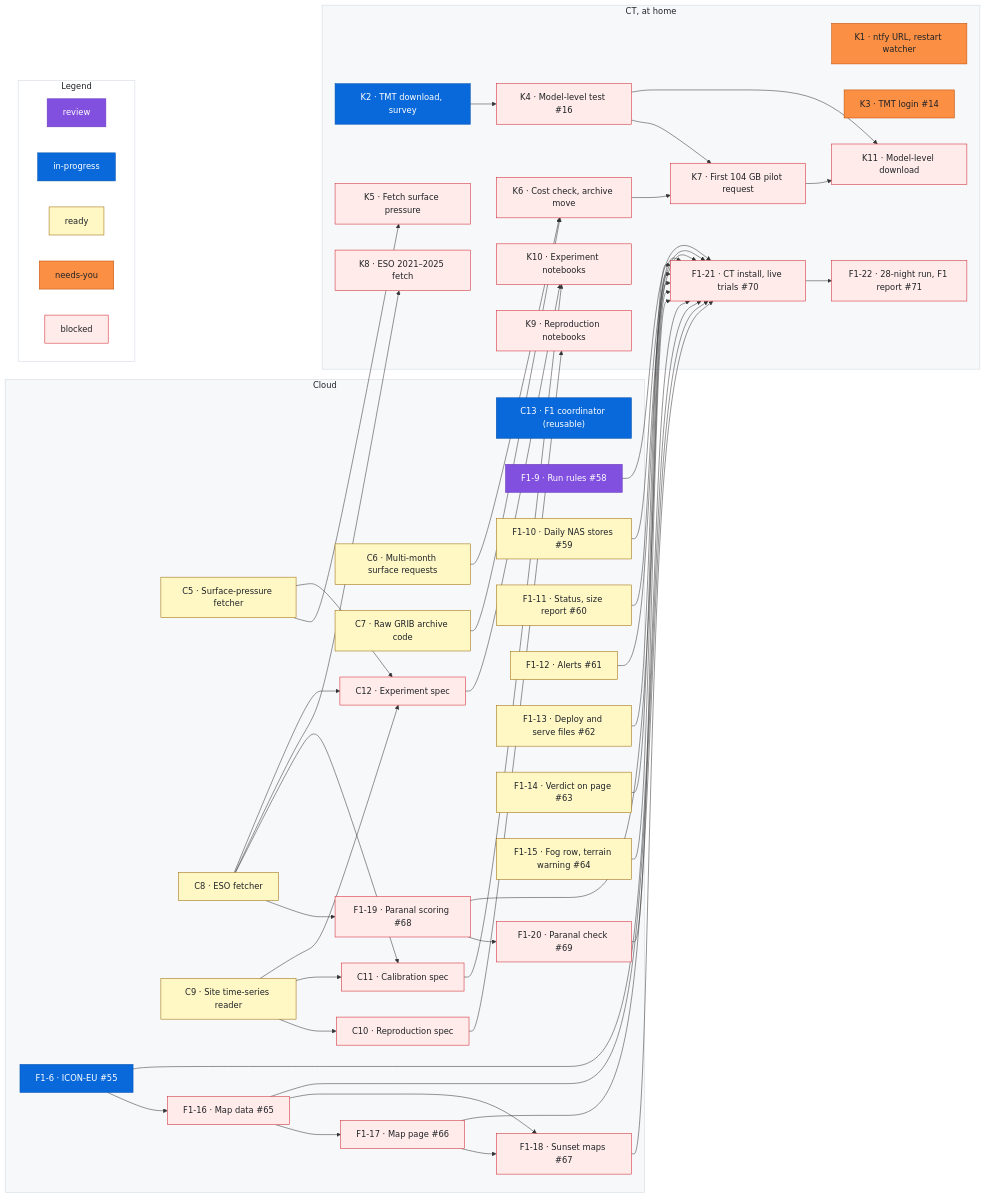
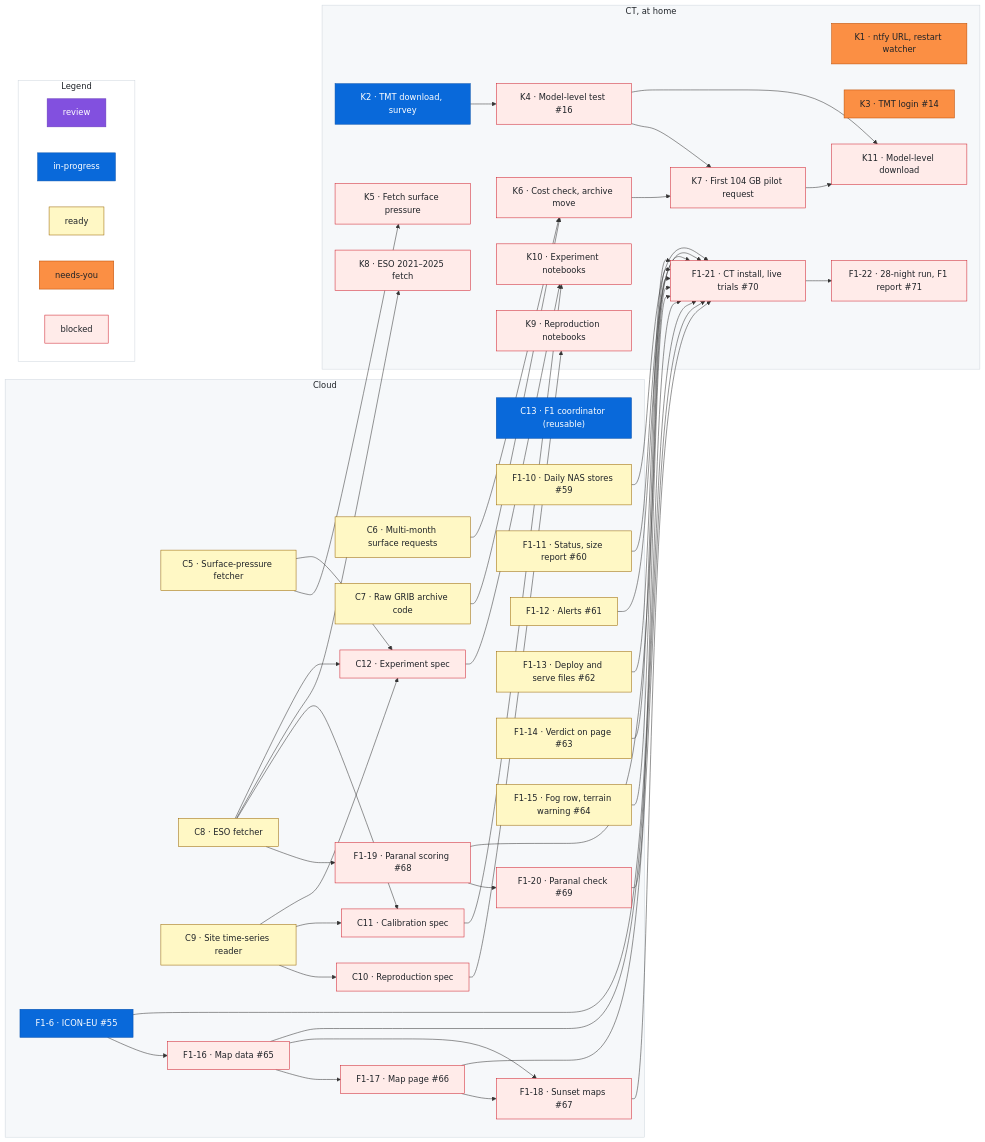
One commit to rrweller/Astro-seeing changed the diagram in docs/roadmap.md. Above: the diagram before and after it, drawn with Mermaid. The commit also changed other lines of this file, not shown here.

First line of the commit message:
roadmap: remove F1-9 (#85 merged)

```diff
--- a/docs/roadmap.md
+++ b/docs/roadmap.md
@@ -105,7 +103,6 @@
     C12["C12 · Experiment spec"]
     C13["C13 · F1 coordinator (reusable)"]
     F1_6["F1-6 · ICON-EU #55"]
-    F1_9["F1-9 · Run rules #58"]
     F1_10["F1-10 · Daily NAS stores #59"]
     F1_11["F1-11 · Status, size report #60"]
     F1_12["F1-12 · Alerts #61"]
@@ -140,7 +137,6 @@
   C8 --> F1_19
   F1_19 --> F1_20
   F1_6 --> F1_21
-  F1_9 --> F1_21
   F1_10 --> F1_21
   F1_11 --> F1_21
   F1_12 --> F1_21
@@ -206,8 +202,6 @@
   %% ---
   class F1_6 inprogress
   %% ---
-  class F1_9 review
-  %% ---
   class F1_10 ready
   %% ---
   class F1_11 ready
```
